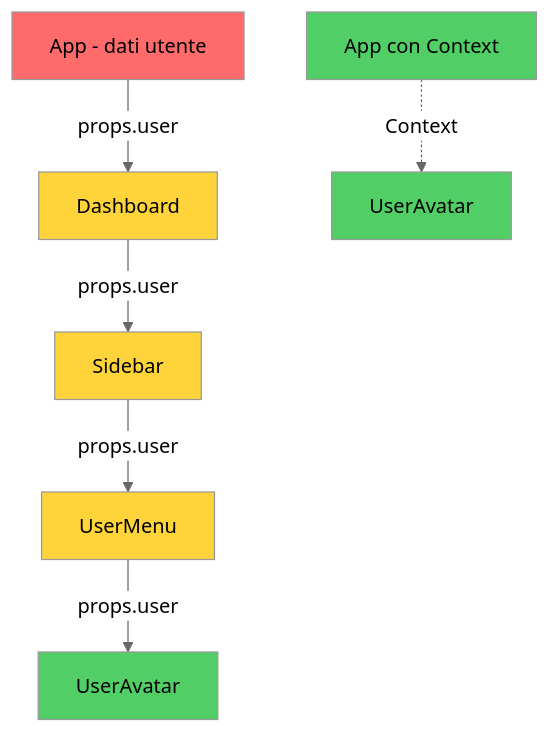
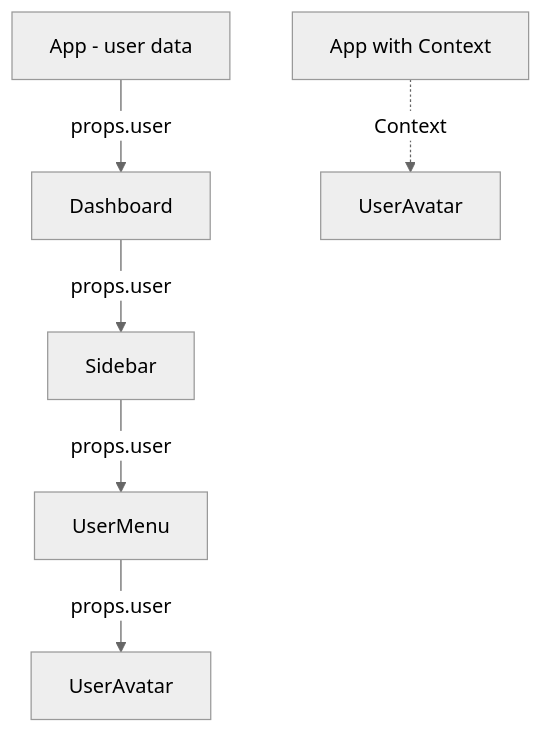
The third of 12 diagrams in arguments/chapters/it/03-component-patterns-best-practices.md (BabaScience/react-guides), drawn with Mermaid (neutral theme) before and after one commit. The commit also changed other lines of this file and 29 other files, not shown here.

First line of the commit message:
Bring React FR/IT translations to full English parity + theme-safe diagrams

````diff
--- a/arguments/chapters/it/03-component-patterns-best-practices.md
+++ b/arguments/chapters/it/03-component-patterns-best-practices.md
@@ -93,17 +267,10 @@
 ```mermaid
 graph TD
-    A[App - dati utente] -->|props.user| B[Dashboard]
+    A[App - user data] -->|props.user| B[Dashboard]
     B -->|props.user| C[Sidebar]
     C -->|props.user| D[UserMenu]
     D -->|props.user| E[UserAvatar]
     
-    style A fill:#ff6b6b
-    style B fill:#ffd43b
-    style C fill:#ffd43b
-    style D fill:#ffd43b
-    style E fill:#51cf66
     
-    F[App con Context] -.Context.-> G[UserAvatar]
-    style F fill:#51cf66
-    style G fill:#51cf66
+    F[App with Context] -.Context.-> G[UserAvatar]
 ```
````
